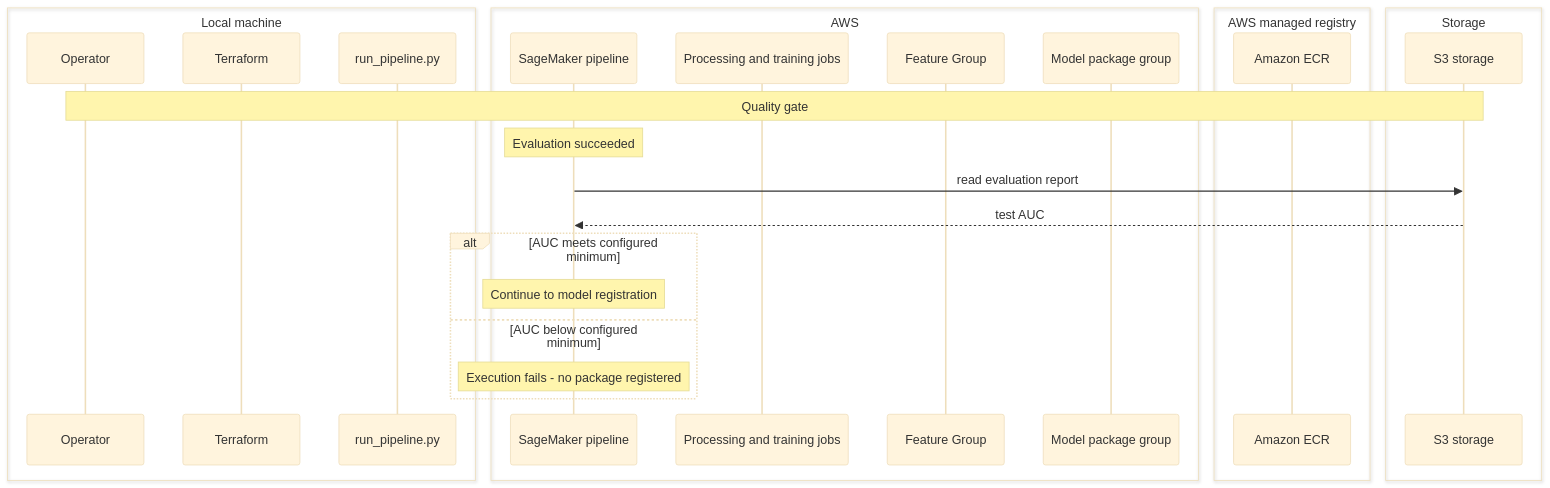
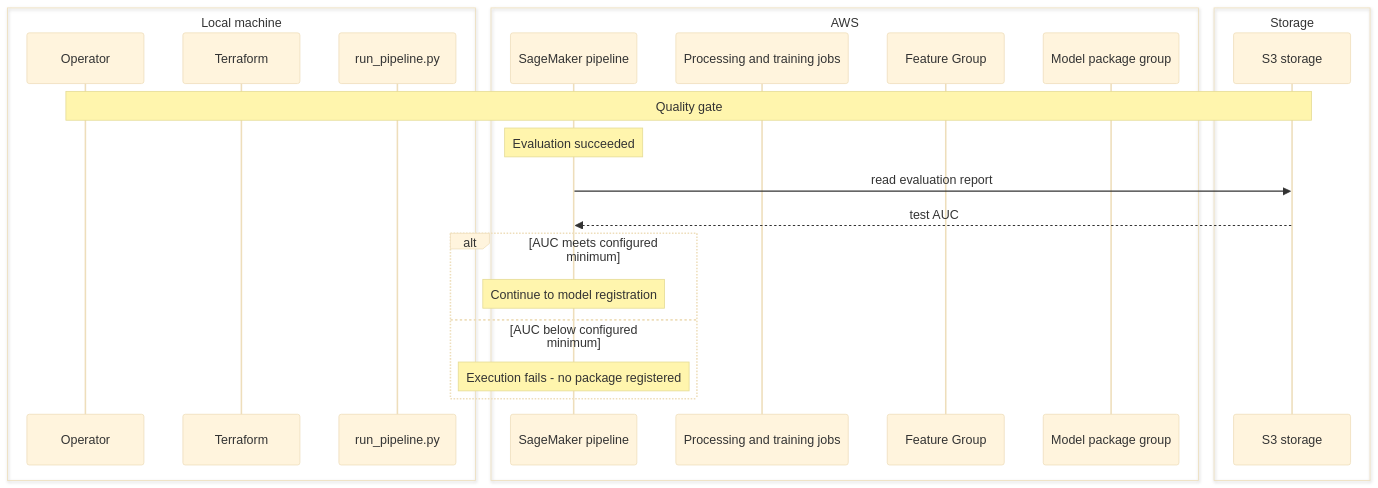
The diagram in Documentation/Pipeline/Children/Pipeline/Resources/SequenceDiagram_Action_6.md (MaximeBoulat/customer-churn-pipeline), drawn with Mermaid (base theme) before and after one commit. The commit also changed 7 other files, not shown here.

````diff
--- a/Documentation/Pipeline/Children/Pipeline/Resources/SequenceDiagram_Action_6.md
+++ b/Documentation/Pipeline/Children/Pipeline/Resources/SequenceDiagram_Action_6.md
@@ -1,29 +1,27 @@
 ```mermaid
 sequenceDiagram
     box Local machine
         participant Operator
         participant Terraform
         participant Launcher as run_pipeline.py
     end
     box AWS 
         participant Pipeline as SageMaker pipeline
         participant Jobs as Processing and training jobs
         participant Group as Feature Group
         participant Registry as Model package group
     end
-    box AWS managed registry
-        participant ECR as Amazon ECR
-    end
+
     box Storage
         participant S3 as S3 storage
     end
     Note over Operator,S3: Quality gate
     Note over Pipeline: Evaluation succeeded
     Pipeline->>S3: read evaluation report
     S3-->>Pipeline: test AUC
     alt AUC meets configured minimum
         Note over Pipeline: Continue to model registration
     else AUC below configured minimum
         Note over Pipeline: Execution fails - no package registered
     end
 ```
````
